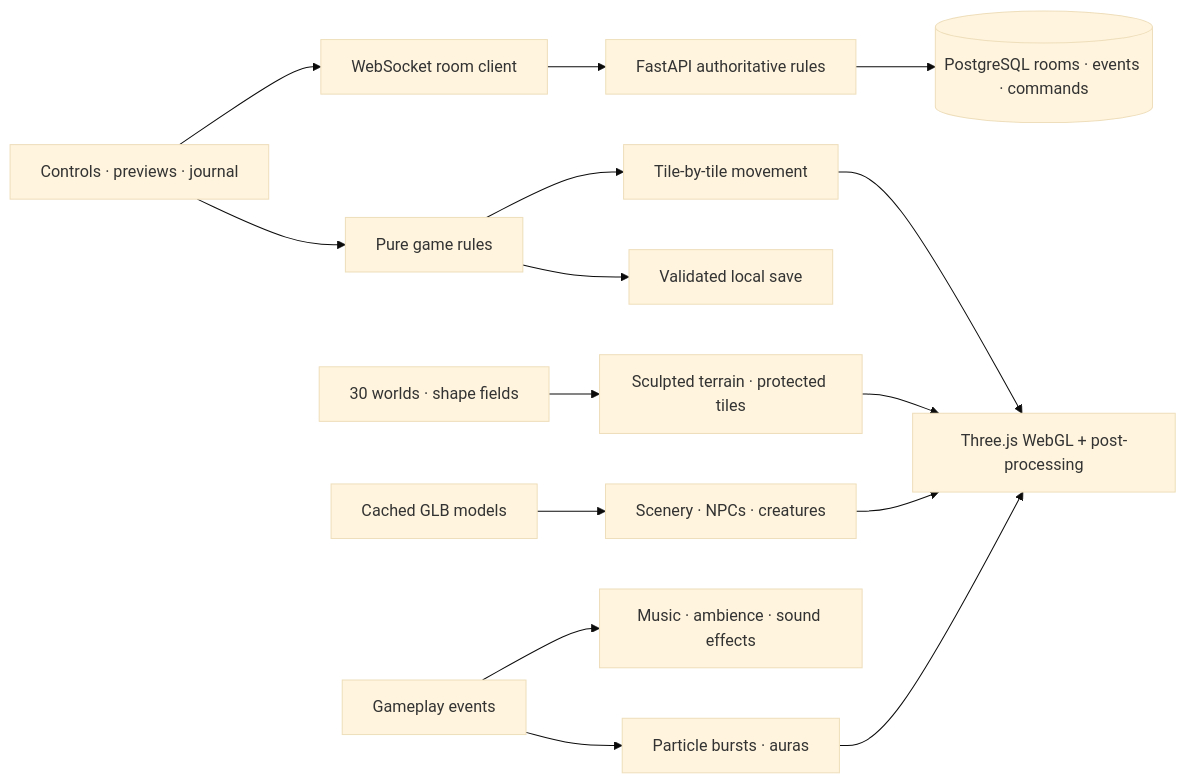
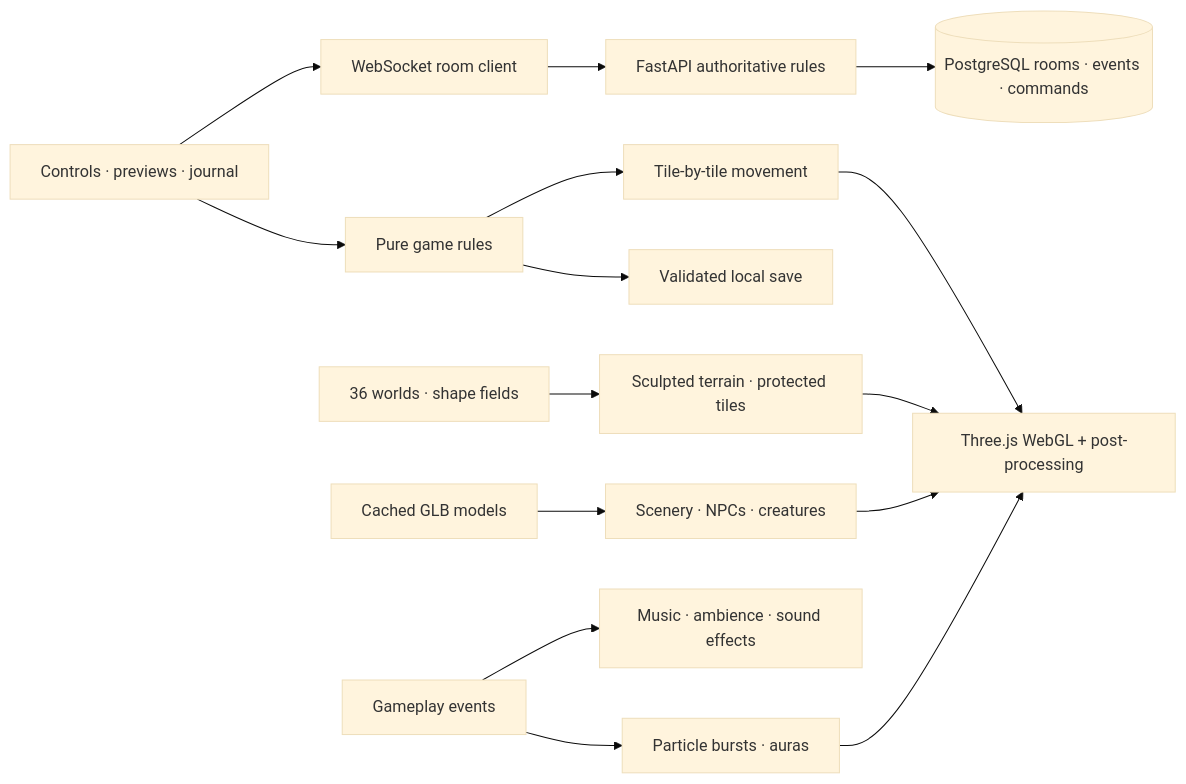
One commit to bogdancstrike/threejs-board-game changed the diagram in README.md. Above: the diagram before and after it, drawn with Mermaid (base theme). The commit also changed other lines of this file and 34 other files, not shown here.

````diff
--- a/README.md
+++ b/README.md
@@ -256,17 +258,17 @@
 ```mermaid
 flowchart LR
     UI[Controls · previews · journal] --> Rules[Pure game rules]
     Rules --> State[Validated local save]
     UI --> Socket[WebSocket room client]
     Socket --> API[FastAPI authoritative rules]
     API --> DB[(PostgreSQL rooms · events · commands)]
     Rules --> Movement[Tile-by-tile movement]
-    Maps[30 worlds · shape fields] --> Terrain[Sculpted terrain · protected tiles]
+    Maps[36 worlds · shape fields] --> Terrain[Sculpted terrain · protected tiles]
     Assets[Cached GLB models] --> World[Scenery · NPCs · creatures]
     Terrain --> Render[Three.js WebGL + post-processing]
     World --> Render
     Movement --> Render
     Events[Gameplay events] --> VFX[Particle bursts · auras]
     Events --> Audio[Music · ambience · sound effects]
     VFX --> Render
 ```
````
